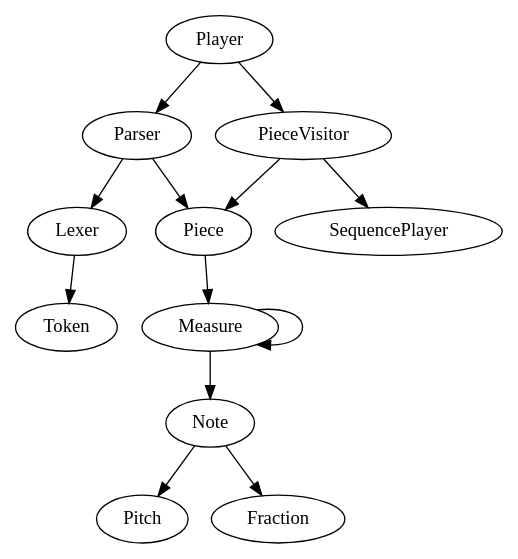
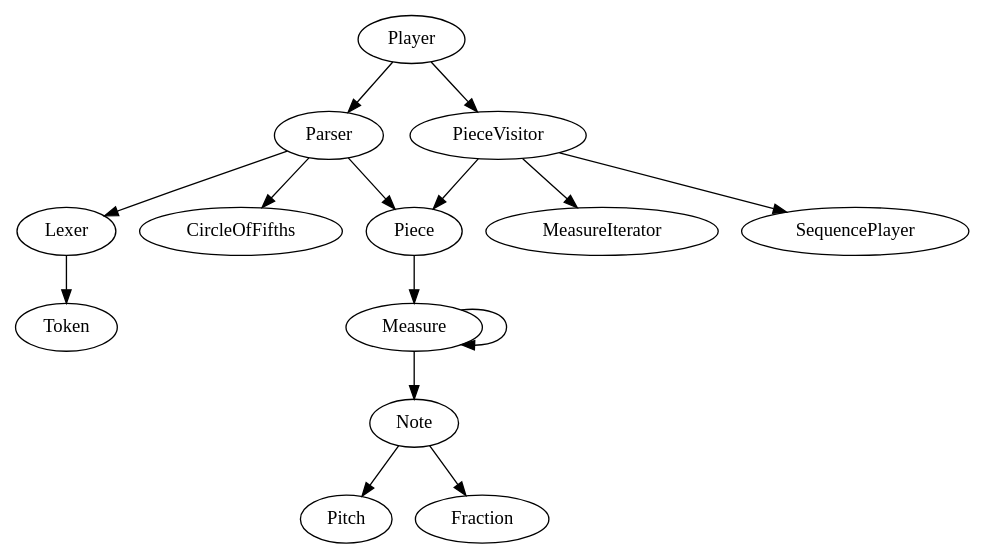
Before and after one commit to Zomega/abcplayer: the diagram in design/classes.dot, drawn with Graphviz. The commit also changed 5 other files, not shown here.

Commit message:
Adds new classes to dep graph, minor commits.

```diff
--- a/design/classes.dot
+++ b/design/classes.dot
@@ -1,20 +1,22 @@
 // A very rough sketch of dependancies.
 // A -> B means that the class A in some way requires B to function fully.
 // A -> B neither implies B -> A or not B -> A
 
 // This document is rough and subject to tons of change.
 
 digraph Classes {
 	// Parsing Chain...
 	Parser -> Lexer -> Token;
+	Parser -> CircleOfFifths
 	// Data Structure...
 	Parser -> Piece;
 	PieceVisitor -> Piece;
+	PieceVisitor -> MeasureIterator;
 	Piece->Measure->Note;
 	Measure->Measure;
 	Note->Pitch;
 	Note->Fraction;
 	// Player.
 	Player -> Parser;
 	Player -> PieceVisitor -> SequencePlayer;
 }
```
